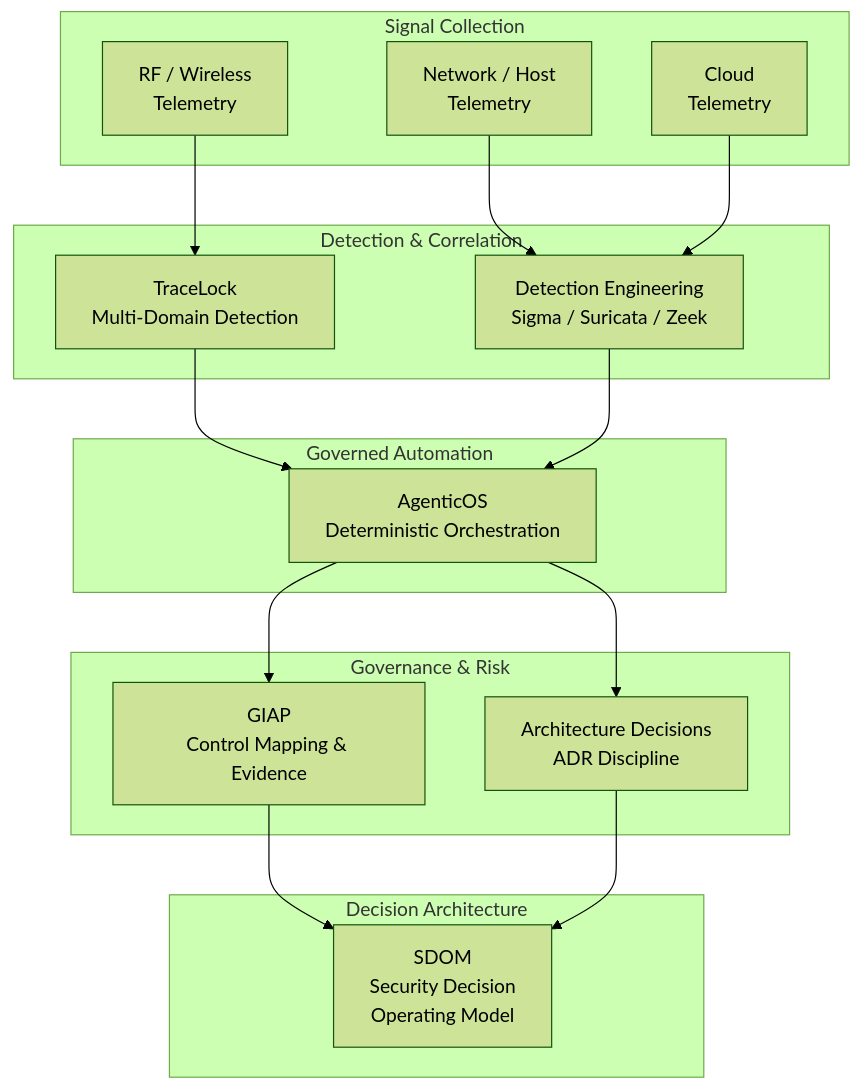
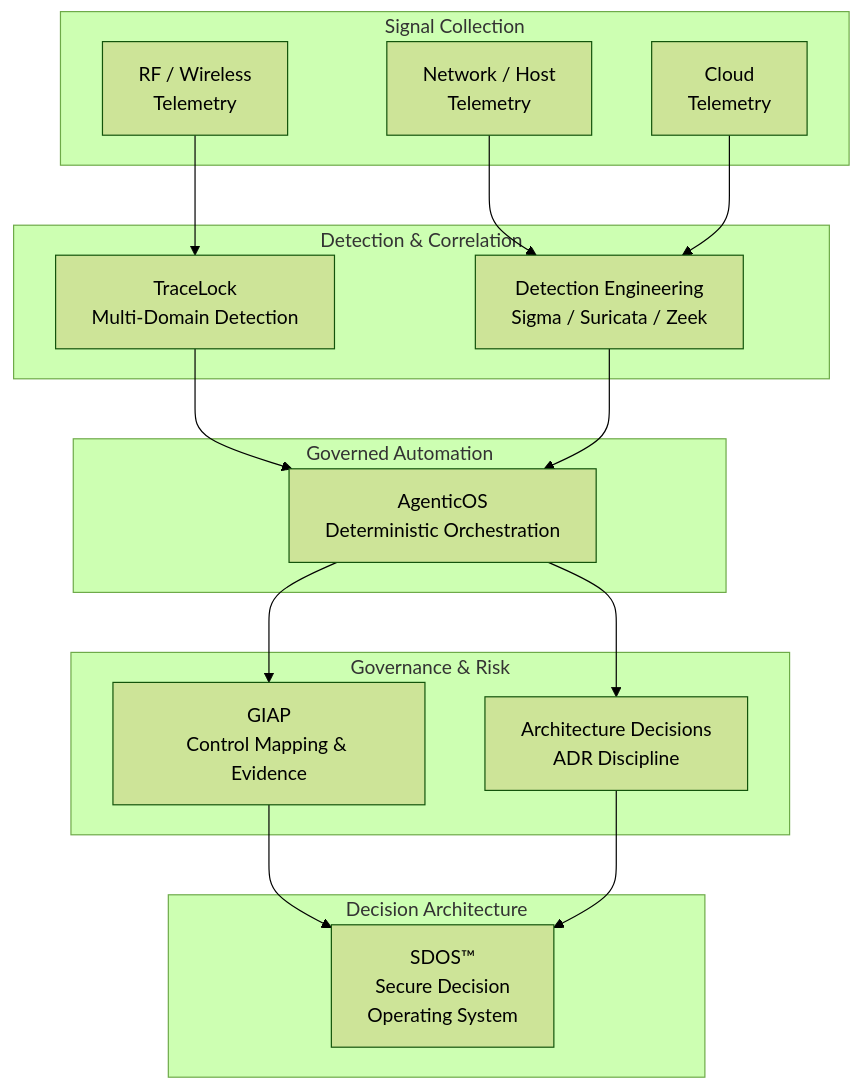
One commit to Pharns/portfolio changed the diagram in docs/architecture/security-telemetry-decision-architecture.md. Above: the diagram before and after it, drawn with Mermaid (forest theme). The commit also changed other lines of this file and 17 other files, not shown here.

````diff
--- a/docs/architecture/security-telemetry-decision-architecture.md
+++ b/docs/architecture/security-telemetry-decision-architecture.md
@@ -24,36 +24,36 @@
 ```mermaid
 flowchart TD
     subgraph TELEMETRY["Signal Collection"]
         T1["RF / Wireless<br/>Telemetry"]
         T2["Network / Host<br/>Telemetry"]
         T3["Cloud<br/>Telemetry"]
     end
 
     subgraph DETECTION["Detection & Correlation"]
         D1["TraceLock<br/>Multi-Domain Detection"]
         D2["Detection Engineering<br/>Sigma / Suricata / Zeek"]
     end
 
     subgraph AUTOMATION["Governed Automation"]
         A1["AgenticOS<br/>Deterministic Orchestration"]
     end
 
     subgraph GOVERNANCE["Governance & Risk"]
         G1["GIAP<br/>Control Mapping & Evidence"]
         G2["Architecture Decisions<br/>ADR Discipline"]
     end
 
     subgraph DECISIONS["Decision Architecture"]
-        S1["SDOM<br/>Security Decision<br/>Operating Model"]
+        S1["SDOS™<br/>Secure Decision<br/>Operating System"]
     end
 
     T1 --> D1
     T2 --> D2
     T3 --> D2
     D1 --> A1
     D2 --> A1
     A1 --> G1
     A1 --> G2
     G1 --> S1
     G2 --> S1
 ```
````
